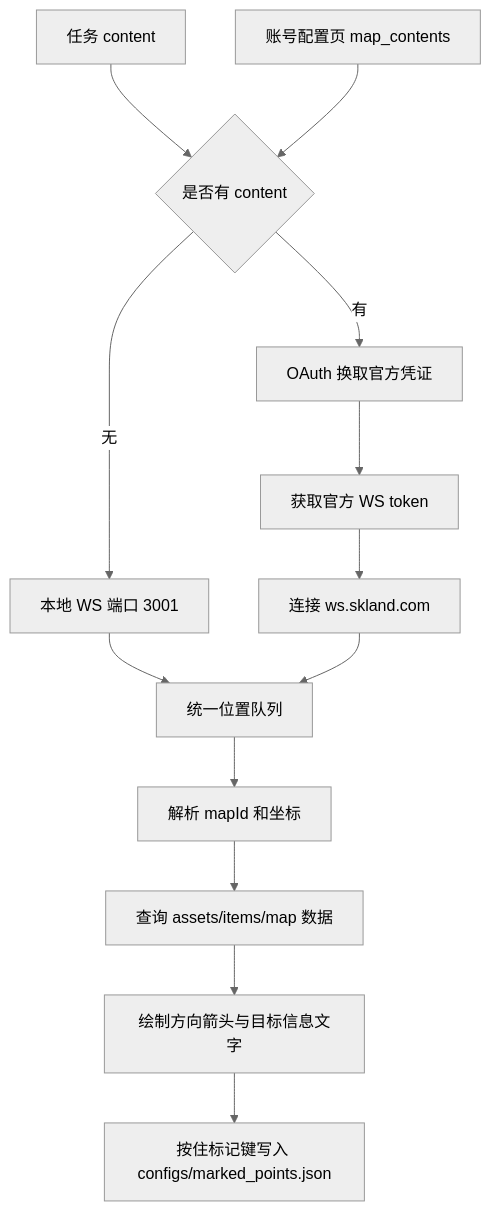
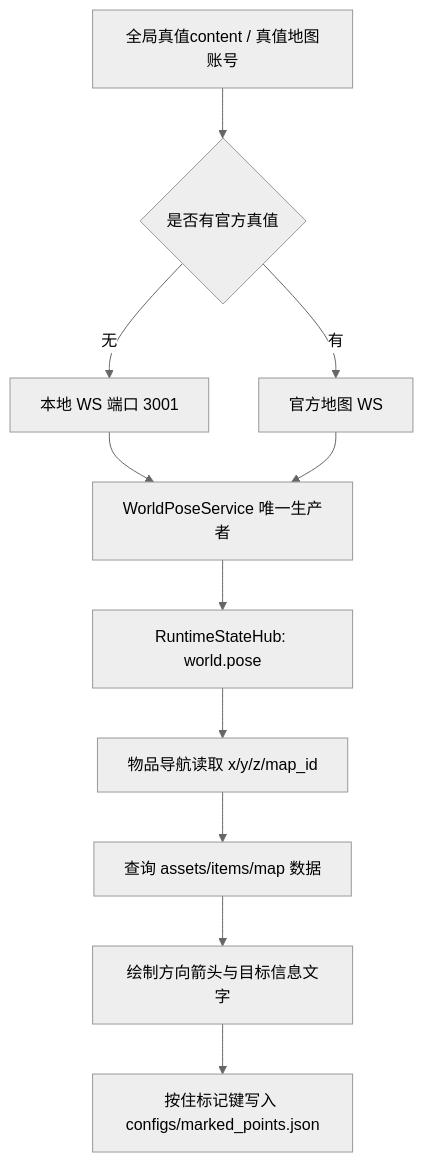
The diagram in docs/zh-CN/物品导航与实时检测.md (AliceJump/ok-end-field), drawn with Mermaid (neutral theme) before and after one commit. The commit also changed other lines of this file and 248 other files, not shown here.

````diff
--- a/docs/zh-CN/物品导航与实时检测.md
+++ b/docs/zh-CN/物品导航与实时检测.md
@@ -71,15 +71,13 @@
 ```mermaid
 flowchart TD
-    A[任务 content] --> D{是否有 content}
-    B[账号配置页 map_contents] --> D
-    C[本地 WS 端口 3001] --> H[统一位置队列]
-    D -->|有| E[OAuth 换取官方凭证]
-    E --> F[获取官方 WS token]
-    F --> G[连接 ws.skland.com]
-    D -->|无| C
-    G --> H
-    H --> I[解析 mapId 和坐标]
-    I --> J[查询 assets/items/map 数据]
-    J --> K[绘制方向箭头与目标信息文字]
-    K --> L[按住标记键写入 configs/marked_points.json]
+    A[全局真值content / 真值地图账号] --> D{是否有官方真值}
+    B[本地 WS 端口 3001] --> C[WorldPoseService 唯一生产者]
+    D -->|有| E[官方地图 WS]
+    D -->|无| B
+    E --> C
+    C --> F[RuntimeStateHub: world.pose]
+    F --> G[物品导航读取 x/y/z/map_id]
+    G --> H[查询 assets/items/map 数据]
+    H --> I[绘制方向箭头与目标信息文字]
+    I --> J[按住标记键写入 configs/marked_points.json]
 ```
````
